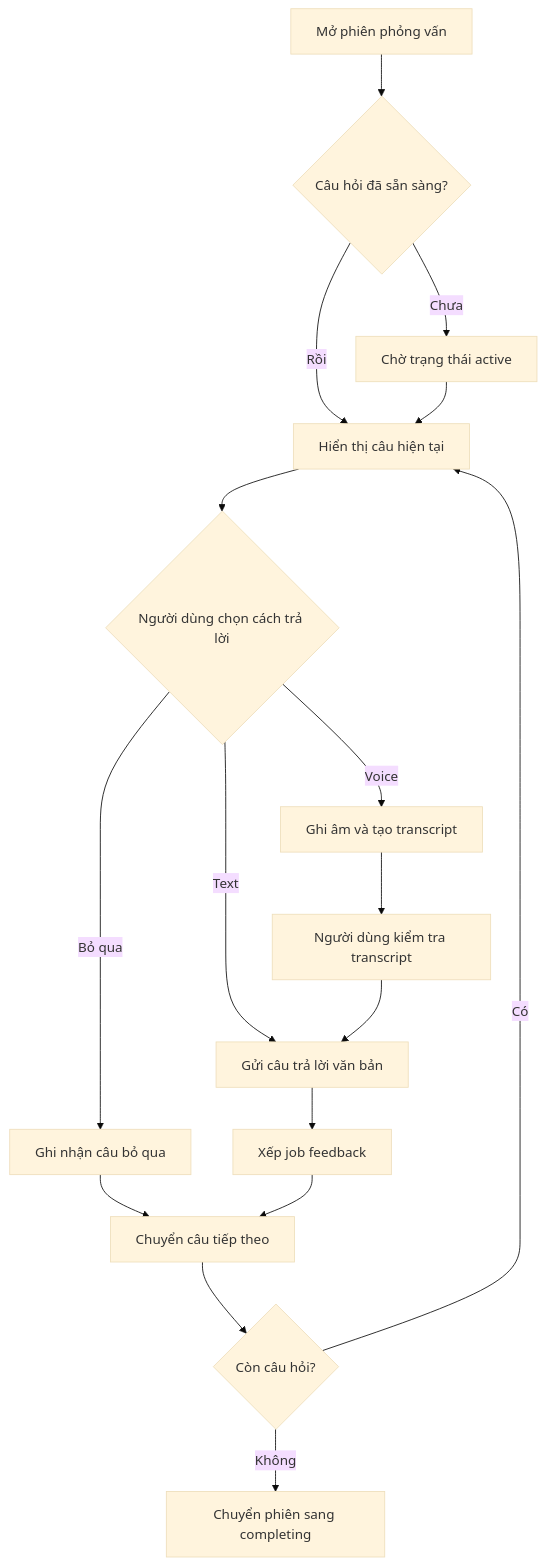
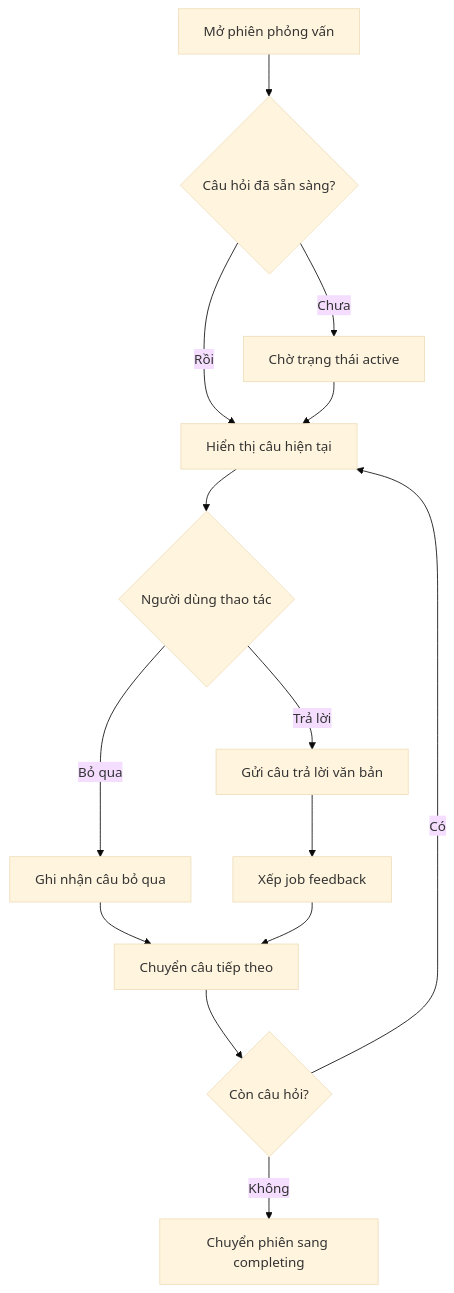
Before and after one commit to lethanhan01/interview-coach: diagram 13 of 16 in docs/final_report/Chuong4.md, drawn with Mermaid (base theme). The commit also changed other lines of this file and 5 other files, not shown here.

````diff
--- a/docs/final_report/Chuong4.md
+++ b/docs/final_report/Chuong4.md
@@ -864,19 +851,16 @@
 ```mermaid
 flowchart TD
     A[Mở phiên phỏng vấn] --> B{Câu hỏi đã sẵn sàng?}
     B -->|Chưa| C[Chờ trạng thái active]
     B -->|Rồi| D[Hiển thị câu hiện tại]
     C --> D
-    D --> E{Người dùng chọn cách trả lời}
-    E -->|Text| F[Gửi câu trả lời văn bản]
-    E -->|Voice| G[Ghi âm và tạo transcript]
-    G --> H[Người dùng kiểm tra transcript]
-    H --> F
+    D --> E{Người dùng thao tác}
+    E -->|Trả lời| F[Gửi câu trả lời văn bản]
     E -->|Bỏ qua| I[Ghi nhận câu bỏ qua]
     F --> J[Xếp job feedback]
     I --> K[Chuyển câu tiếp theo]
     J --> K
     K --> L{Còn câu hỏi?}
     L -->|Có| D
     L -->|Không| M[Chuyển phiên sang completing]
 ```
````
